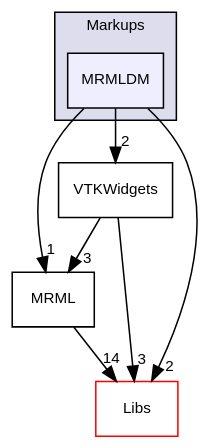
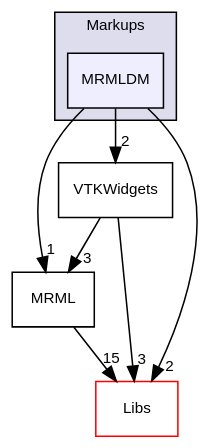
One commit to jamesobutler/apidocs.slicer.org changed the diagram in master/dir_bc6862b78ba57c87da31465077dc752d_dep.dot. Above: the diagram before and after it, drawn with Graphviz. The commit also changed 4653 other files, not shown here.

```diff
--- a/master/dir_bc6862b78ba57c87da31465077dc752d_dep.dot
+++ b/master/dir_bc6862b78ba57c87da31465077dc752d_dep.dot
@@ -1,19 +1,19 @@
 digraph "Modules/Loadable/Markups/MRMLDM" {
   bgcolor=transparent;
   compound=true
   node [ fontsize="10", fontname="Helvetica"];
   edge [ labelfontsize="10", labelfontname="Helvetica"];
   subgraph clusterdir_1a96155338796d57dab45a56648f1a28 {
     graph [ bgcolor="#ddddee", pencolor="black", label="Markups" fontname="Helvetica", fontsize="10", URL="dir_1a96155338796d57dab45a56648f1a28.html"]
   dir_bc6862b78ba57c87da31465077dc752d [shape=box, label="MRMLDM", style="filled", fillcolor="#eeeeff", pencolor="black", URL="dir_bc6862b78ba57c87da31465077dc752d.html"];
   }
   dir_1d6aa7403b659ef1d781d7435dec1424 [shape=box label="VTKWidgets" URL="dir_1d6aa7403b659ef1d781d7435dec1424.html"];
   dir_4f965ccb0ecb7ab49e9de9275cd5d581 [shape=box label="MRML" URL="dir_4f965ccb0ecb7ab49e9de9275cd5d581.html"];
   dir_6e6cb9563333489fde7459b1f95e59a5 [shape=box label="Libs" color="red" URL="dir_6e6cb9563333489fde7459b1f95e59a5.html"];
   dir_bc6862b78ba57c87da31465077dc752d->dir_1d6aa7403b659ef1d781d7435dec1424 [headlabel="2", labeldistance=1.5 headhref="dir_000071_000073.html"];
   dir_bc6862b78ba57c87da31465077dc752d->dir_4f965ccb0ecb7ab49e9de9275cd5d581 [headlabel="1", labeldistance=1.5 headhref="dir_000071_000070.html"];
   dir_bc6862b78ba57c87da31465077dc752d->dir_6e6cb9563333489fde7459b1f95e59a5 [headlabel="2", labeldistance=1.5 headhref="dir_000071_000014.html"];
   dir_1d6aa7403b659ef1d781d7435dec1424->dir_4f965ccb0ecb7ab49e9de9275cd5d581 [headlabel="3", labeldistance=1.5 headhref="dir_000073_000070.html"];
   dir_1d6aa7403b659ef1d781d7435dec1424->dir_6e6cb9563333489fde7459b1f95e59a5 [headlabel="3", labeldistance=1.5 headhref="dir_000073_000014.html"];
-  dir_4f965ccb0ecb7ab49e9de9275cd5d581->dir_6e6cb9563333489fde7459b1f95e59a5 [headlabel="14", labeldistance=1.5 headhref="dir_000070_000014.html"];
+  dir_4f965ccb0ecb7ab49e9de9275cd5d581->dir_6e6cb9563333489fde7459b1f95e59a5 [headlabel="15", labeldistance=1.5 headhref="dir_000070_000014.html"];
 }
```
